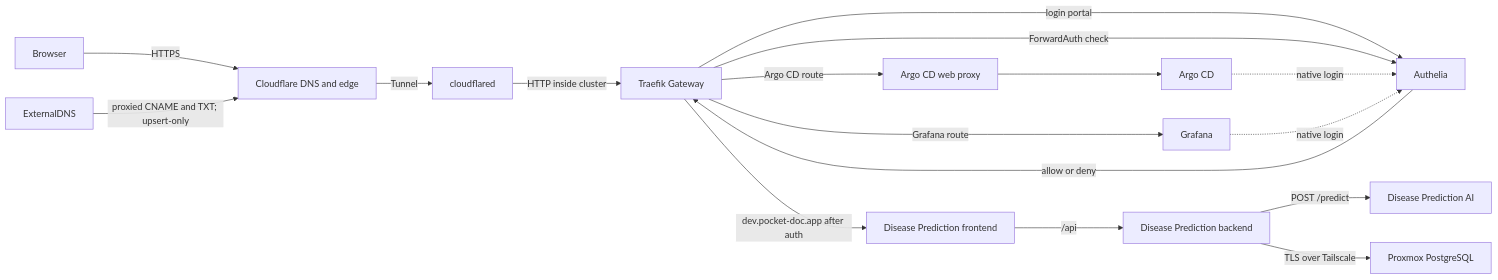
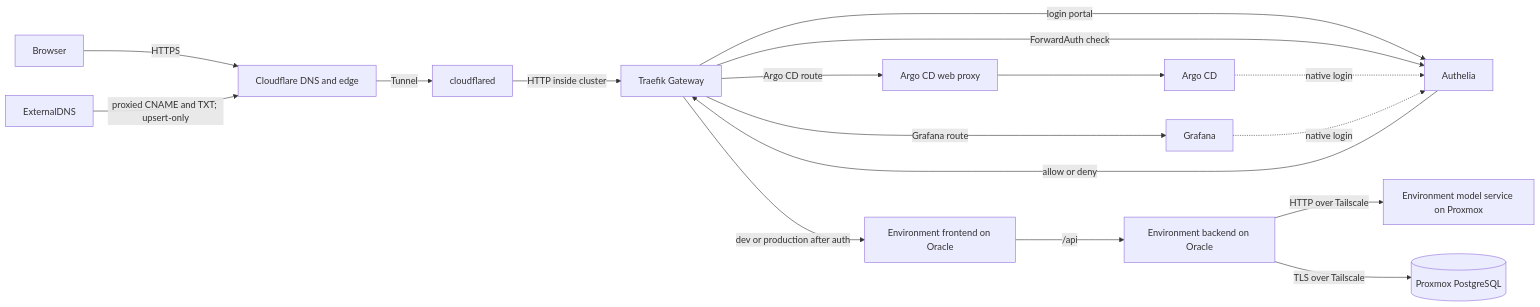
The third of 3 diagrams in devops/README.md (Disease-Prediction-ASET26/disease-prediction-docs), drawn with Mermaid before and after one commit. The commit also changed other lines of this file, not shown here.

````diff
--- a/devops/README.md
+++ b/devops/README.md
@@ -88,21 +101,21 @@
 ```mermaid
 flowchart LR
   browser[Browser] -->|HTTPS| cloudflare[Cloudflare DNS and edge]
   cloudflare -->|Tunnel| cloudflared[cloudflared]
   cloudflared -->|HTTP inside cluster| traefik[Traefik Gateway]
 
   traefik -->|login portal| authelia[Authelia]
   traefik -->|Argo CD route| proxy[Argo CD web proxy]
   proxy --> argocd[Argo CD]
   traefik -->|Grafana route| grafana[Grafana]
   traefik -->|ForwardAuth check| authelia[Authelia]
   authelia -->|allow or deny| traefik
-  traefik -->|dev.pocket-doc.app after auth| frontend[Disease Prediction frontend]
-  frontend -->|/api| backend[Disease Prediction backend]
-  backend -->|POST /predict| ai[Disease Prediction AI]
-  backend -->|TLS over Tailscale| postgres[Proxmox PostgreSQL]
+  traefik -->|dev or production after auth| frontend[Environment frontend on Oracle]
+  frontend -->|/api| backend[Environment backend on Oracle]
+  backend -->|HTTP over Tailscale| model[Environment model service on Proxmox]
+  backend -->|TLS over Tailscale| postgres[(Proxmox PostgreSQL)]
   argocd -. native login .-> authelia
   grafana -. native login .-> authelia
 
   externalDNS[ExternalDNS] -->|proxied CNAME and TXT; upsert-only| cloudflare
 ```
````
